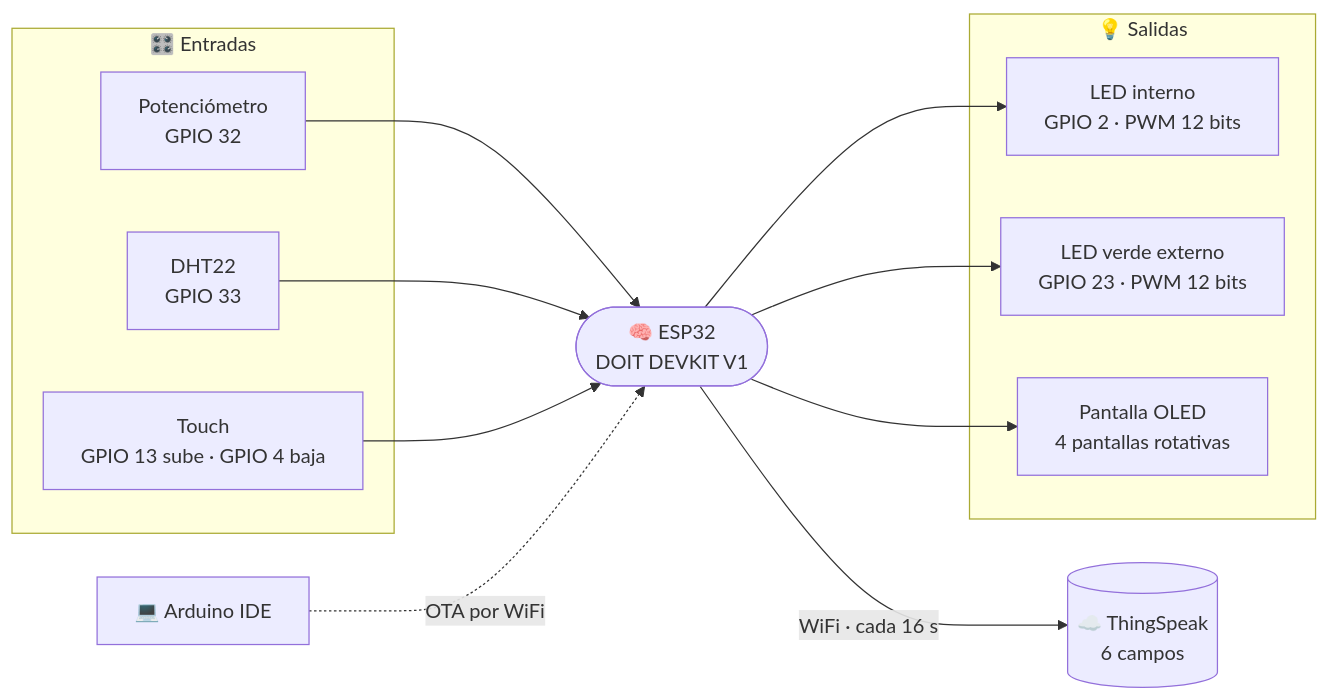
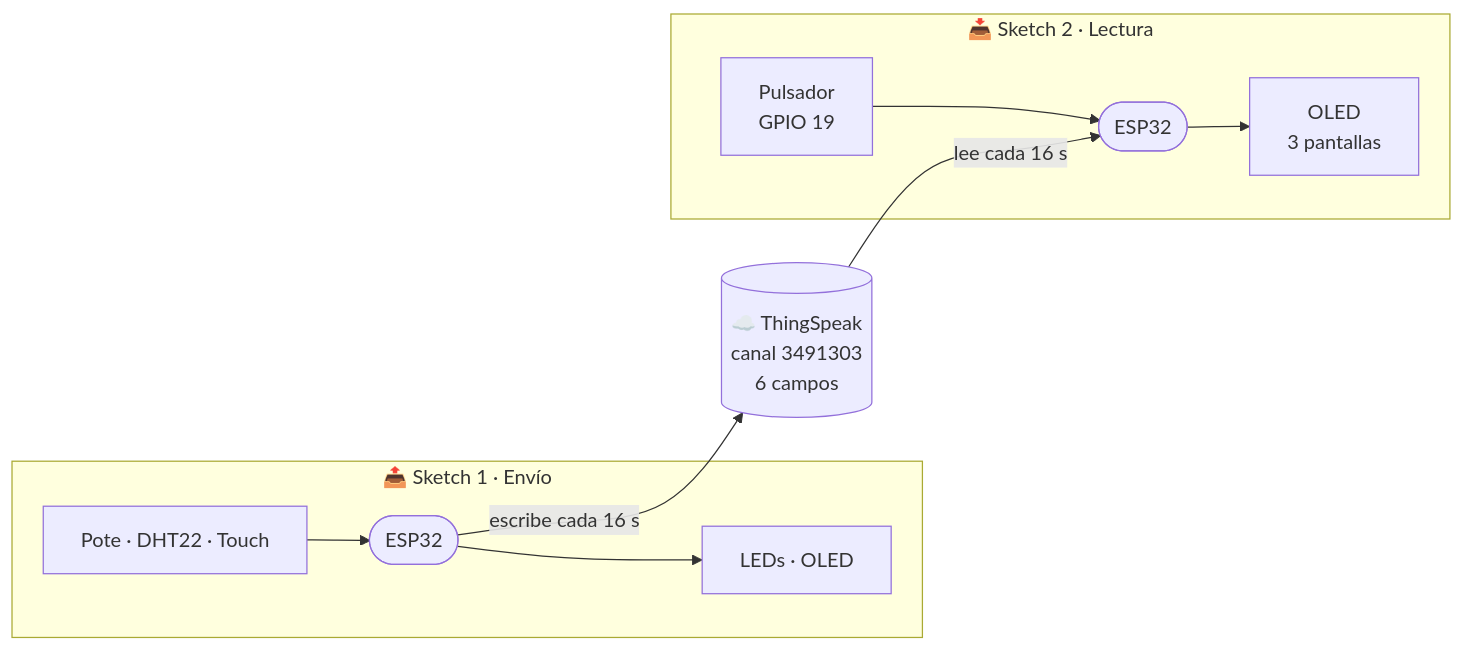
Before and after one commit to NachoSamo/TrabajoPractico-IOT-G6-TA: the second of 2 diagrams in README.md, drawn with Mermaid. The commit also changed other lines of this file and 2 other files, not shown here.

First line of the commit message:
update: pantallas del sketch 1 y README de ambos sketches

````diff
--- a/README.md
+++ b/README.md
@@ -33,28 +46,17 @@
 ```mermaid
 flowchart LR
-    subgraph ENTRADAS["🎛️ Entradas"]
-        POTE["Potenciómetro<br/>GPIO 32"]
-        DHT["DHT22<br/>GPIO 33"]
-        TOUCH["Touch<br/>GPIO 13 sube · GPIO 4 baja"]
+    subgraph S1["📤 Sketch 1 · Envío"]
+        IN["Pote · DHT22 · Touch"] --> E1(["ESP32"])
+        E1 --> OUT1["LEDs · OLED"]
     end
 
-    ESP32(["🧠 ESP32<br/>DOIT DEVKIT V1"])
+    TS[("☁️ ThingSpeak<br/>canal 3491303<br/>6 campos")]
 
-    subgraph SALIDAS["💡 Salidas"]
-        LEDINT["LED interno<br/>GPIO 2 · PWM 12 bits"]
-        LEDEXT["LED verde externo<br/>GPIO 23 · PWM 12 bits"]
-        OLED["Pantalla OLED<br/>4 pantallas rotativas"]
+    subgraph S2["📥 Sketch 2 · Lectura"]
+        BTN["Pulsador<br/>GPIO 19"] --> E2(["ESP32"])
+        E2 --> OUT2["OLED<br/>3 pantallas"]
     end
 
-    CLOUD[("☁️ ThingSpeak<br/>6 campos")]
-    PC["💻 Arduino IDE"]
-
-    POTE --> ESP32
-    DHT --> ESP32
-    TOUCH --> ESP32
-    ESP32 --> LEDINT
-    ESP32 --> LEDEXT
-    ESP32 --> OLED
-    ESP32 -- "WiFi · cada 16 s" --> CLOUD
-    PC -. "OTA por WiFi" .-> ESP32
+    E1 -- "escribe cada 16 s" --> TS
+    TS -- "lee cada 16 s" --> E2
 ```
````
